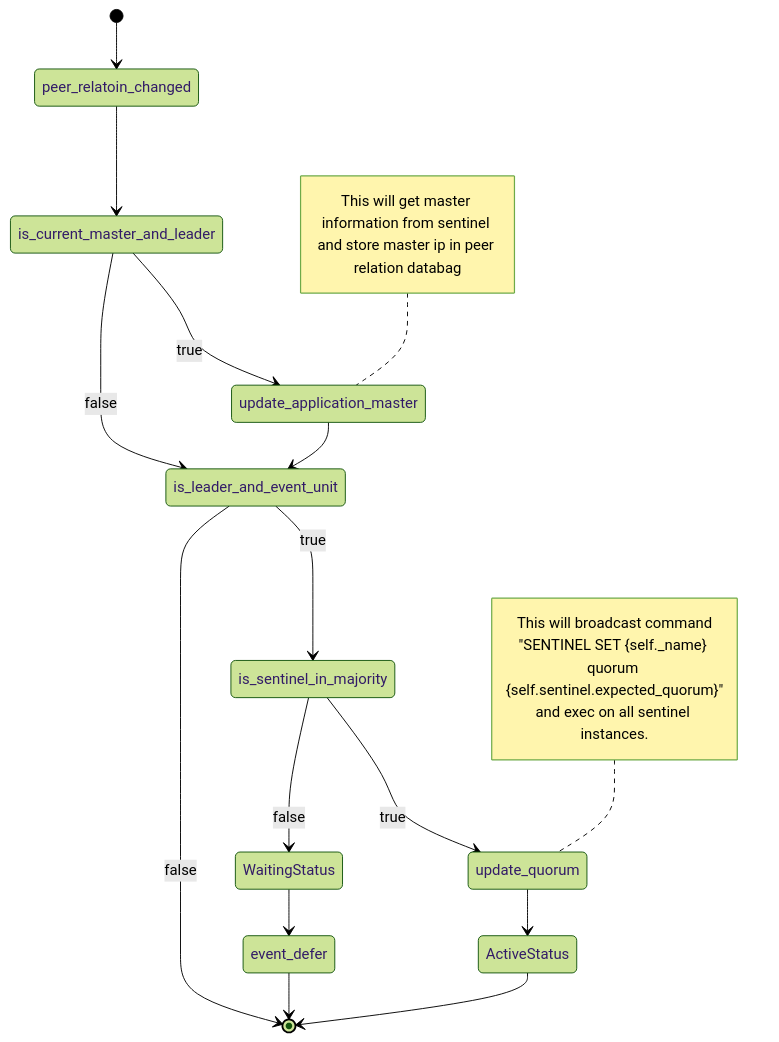
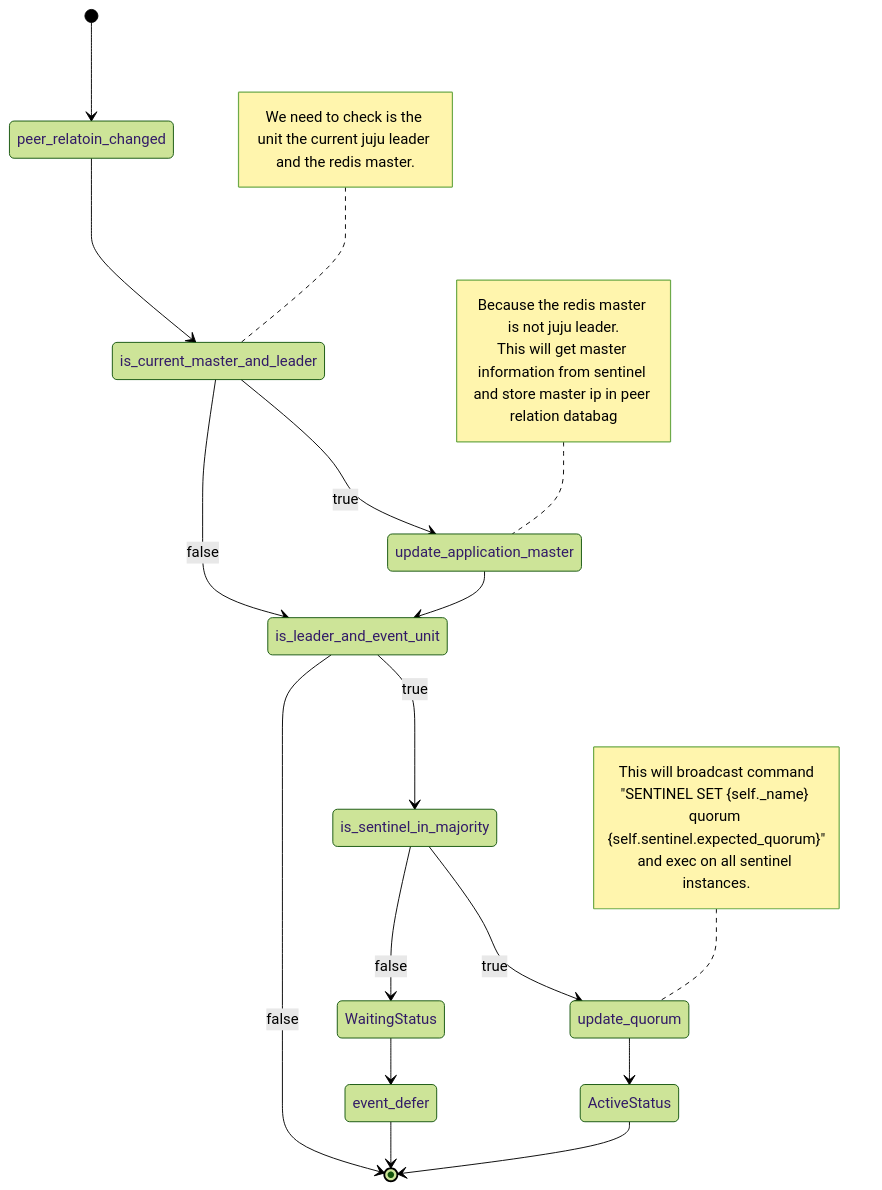
One commit to jneo8/juju-guides changed the first of 2 diagrams in tutorial-operator-charm/deployment-part4-peer-relation.md. Above: the diagram before and after it, drawn with Mermaid (forest theme). The commit also changed other lines of this file and 5 other files, not shown here.

````diff
--- a/tutorial-operator-charm/deployment-part4-peer-relation.md
+++ b/tutorial-operator-charm/deployment-part4-peer-relation.md
@@ -12,28 +32,34 @@
 ```mermaid
 stateDiagram-v2
 
 [*] --> peer_relatoin_changed
 
 peer_relatoin_changed --> is_current_master_and_leader
 is_current_master_and_leader --> update_application_master: true
 
-note left of update_application_master : This will get master information from sentinel and store master ip in peer relation databag
+note left of update_application_master
+    Because the redis master is not juju leader.
+    This will get master information from sentinel and store master ip in peer relation databag
+end note
 
 is_current_master_and_leader --> is_leader_and_event_unit: false
+note left of is_current_master_and_leader
+    We need to check is the unit the current juju leader and the redis master.
+end note
 update_application_master --> is_leader_and_event_unit
 
 is_leader_and_event_unit --> [*]: false
 is_leader_and_event_unit --> is_sentinel_in_majority: true
 is_sentinel_in_majority --> WaitingStatus: false
 WaitingStatus --> event_defer
 event_defer --> [*]
 is_sentinel_in_majority --> update_quorum: true
 note left of update_quorum
     This will broadcast command
     "SENTINEL SET {self._name} quorum {self.sentinel.expected_quorum}"
     and exec on all sentinel instances.
 end note
 
 update_quorum --> ActiveStatus
 ActiveStatus --> [*]
 ```
````
